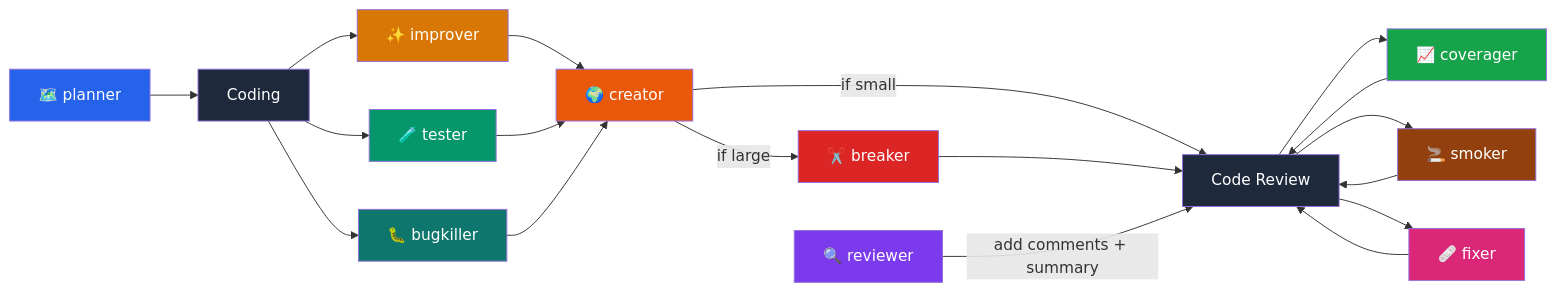
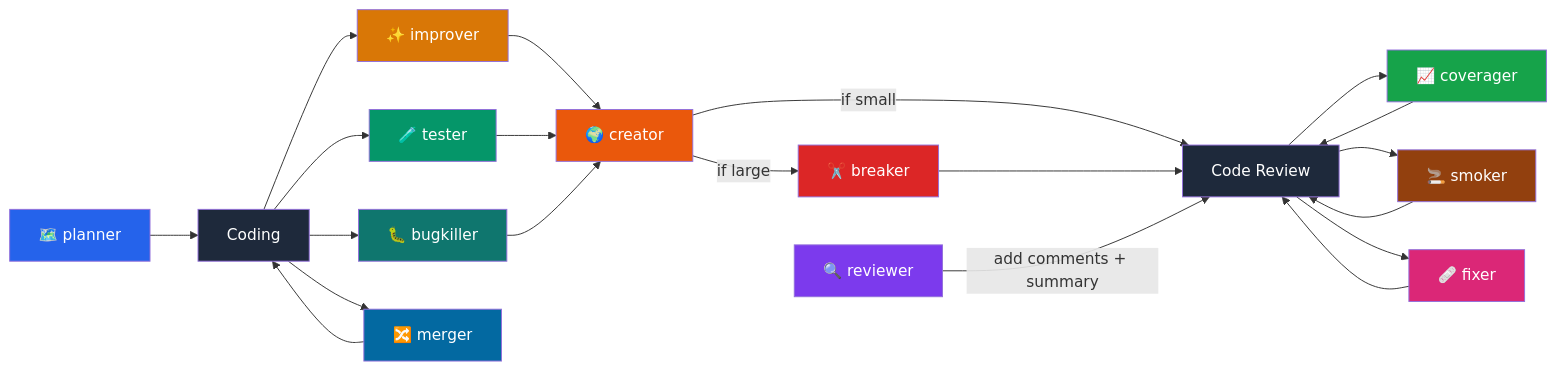
Before and after one commit to Victorcorcos/skills: the diagram in README.md, drawn with Mermaid. The commit also changed other lines of this file and 3 other files, not shown here.

````diff
--- a/README.md
+++ b/README.md
@@ -59,33 +60,36 @@
 ```mermaid
 flowchart LR
     A[🗺️ planner] --> B[Coding]
     B --> C[✨ improver]
     B --> D[🧪 tester]
     C --> E[🌍 creator]
     D --> E[🌍 creator]
     E -->|if small| F[Code Review]
     E -->|if large| G[✂️ breaker]
     G --> F
     I[🔍 reviewer] -->|add comments + summary| F
     F --> J[📈 coverager]
     J --> F
     F --> L[🚬 smoker]
     L --> F
     F --> H[🩹 fixer]
     H --> F
     B --> K[🐛 bugkiller]
     K --> E
+    B --> M[🔀 merger]
+    M --> B
 
     style A fill:#2563EB,color:#fff
     style C fill:#D97706,color:#fff
     style D fill:#059669,color:#fff
     style E fill:#EA580C,color:#fff
     style F fill:#1e293b,color:#fff
     style G fill:#DC2626,color:#fff
     style H fill:#DB2777,color:#fff
     style I fill:#7C3AED,color:#fff
     style J fill:#16a34a,color:#fff
     style K fill:#0f766e,color:#fff
     style L fill:#92400e,color:#fff
+    style M fill:#0369a1,color:#fff
     style B fill:#1e293b,color:#fff
 ```
````
